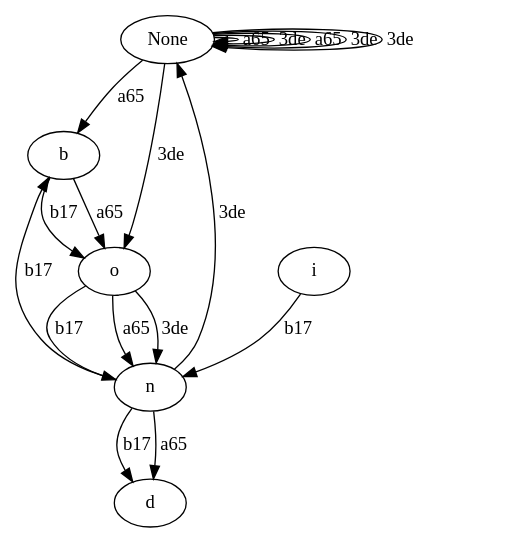
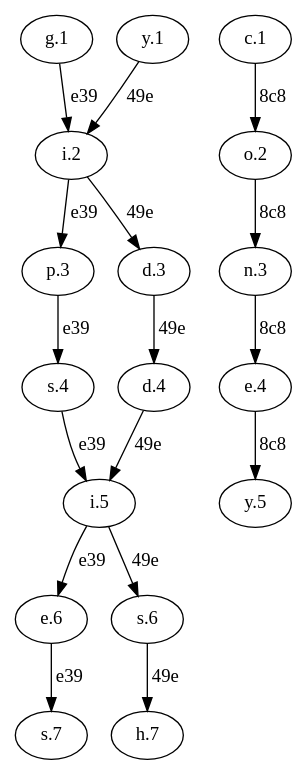
The diagram in Digraph.gv (MaxMcF/SwitchWords), drawn with Graphviz before and after one commit. The commit also changed 6 other files, not shown here.

```diff
--- a/Digraph.gv
+++ b/Digraph.gv
@@ -1,39 +1,37 @@
 digraph {
-	None
-	None -> None [label=a65]
-	None
-	None -> None [label="3de"]
-	i
-	i -> n [label=b17]
-	None
-	None -> None [label=a65]
-	None
-	None -> None [label="3de"]
-	n
-	n -> b [label=b17]
-	None
-	None -> b [label=a65]
-	None
-	None -> None [label="3de"]
-	b
-	b -> o [label=b17]
-	b
-	b -> o [label=a65]
-	None
-	None -> o [label="3de"]
-	o
-	o -> n [label=b17]
-	o
-	o -> n [label=a65]
-	o
-	o -> n [label="3de"]
-	n
-	n -> d [label=b17]
-	n
-	n -> d [label=a65]
-	n
-	n -> None [label="3de"]
-	d
-	d
-	None
+	"g.1"
+	"g.1" -> "i.2" [label=e39]
+	"y.1"
+	"y.1" -> "i.2" [label="49e"]
+	"c.1"
+	"c.1" -> "o.2" [label="8c8"]
+	"i.2"
+	"i.2" -> "p.3" [label=e39]
+	"i.2"
+	"i.2" -> "d.3" [label="49e"]
+	"o.2"
+	"o.2" -> "n.3" [label="8c8"]
+	"p.3"
+	"p.3" -> "s.4" [label=e39]
+	"d.3"
+	"d.3" -> "d.4" [label="49e"]
+	"n.3"
+	"n.3" -> "e.4" [label="8c8"]
+	"s.4"
+	"s.4" -> "i.5" [label=e39]
+	"d.4"
+	"d.4" -> "i.5" [label="49e"]
+	"e.4"
+	"e.4" -> "y.5" [label="8c8"]
+	"i.5"
+	"i.5" -> "e.6" [label=e39]
+	"i.5"
+	"i.5" -> "s.6" [label="49e"]
+	"y.5"
+	"e.6"
+	"e.6" -> "s.7" [label=e39]
+	"s.6"
+	"s.6" -> "h.7" [label="49e"]
+	"s.7"
+	"h.7"
 }
```
